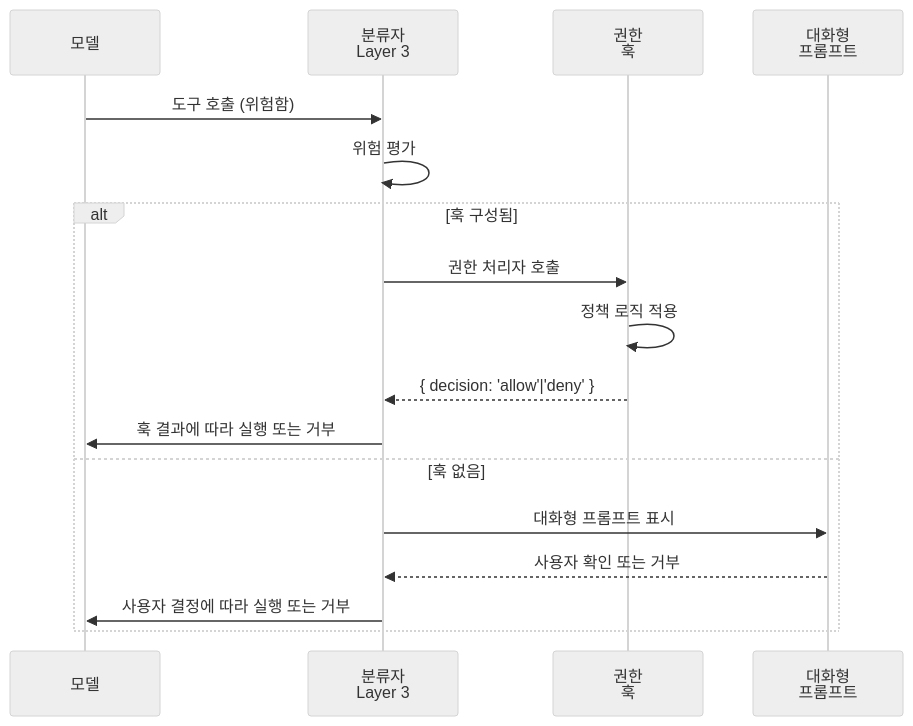
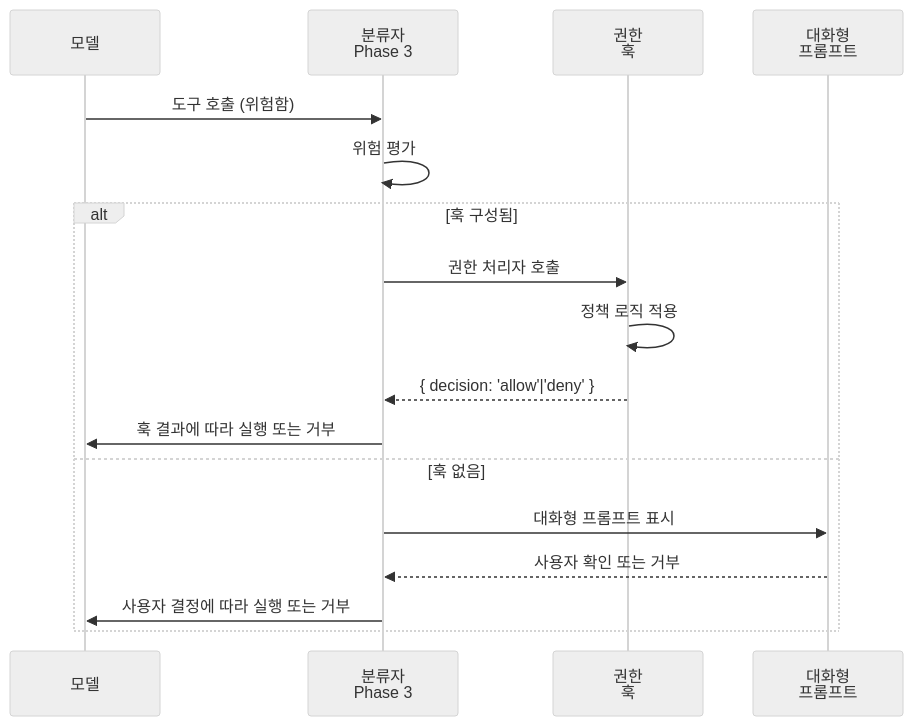
One commit to hi-space/claude-code-unpack-docs changed the third of 3 diagrams in docs/deep/ko/system-prompt/safety-rules.md. Above: the diagram before and after it, drawn with Mermaid (neutral theme). The commit also changed other lines of this file and 51 other files, not shown here.

````diff
--- a/docs/deep/ko/system-prompt/safety-rules.md
+++ b/docs/deep/ko/system-prompt/safety-rules.md
@@ -241,20 +241,20 @@
 ```mermaid
 sequenceDiagram
     participant Model as 모델
-    participant Classifier as 분류자<br/>Layer 3
+    participant Classifier as 분류자<br/>Phase 3
     participant Hook as 권한<br/>훅
     participant User as 대화형<br/>프롬프트
 
     Model->>Classifier: 도구 호출 (위험함)
     Classifier->>Classifier: 위험 평가
     alt 훅 구성됨
         Classifier->>Hook: 권한 처리자 호출
         Hook->>Hook: 정책 로직 적용
         Hook-->>Classifier: { decision: 'allow'|'deny' }
         Classifier->>Model: 훅 결과에 따라 실행 또는 거부
     else 훅 없음
         Classifier->>User: 대화형 프롬프트 표시
         User-->>Classifier: 사용자 확인 또는 거부
         Classifier->>Model: 사용자 결정에 따라 실행 또는 거부
     end
 ```
````
